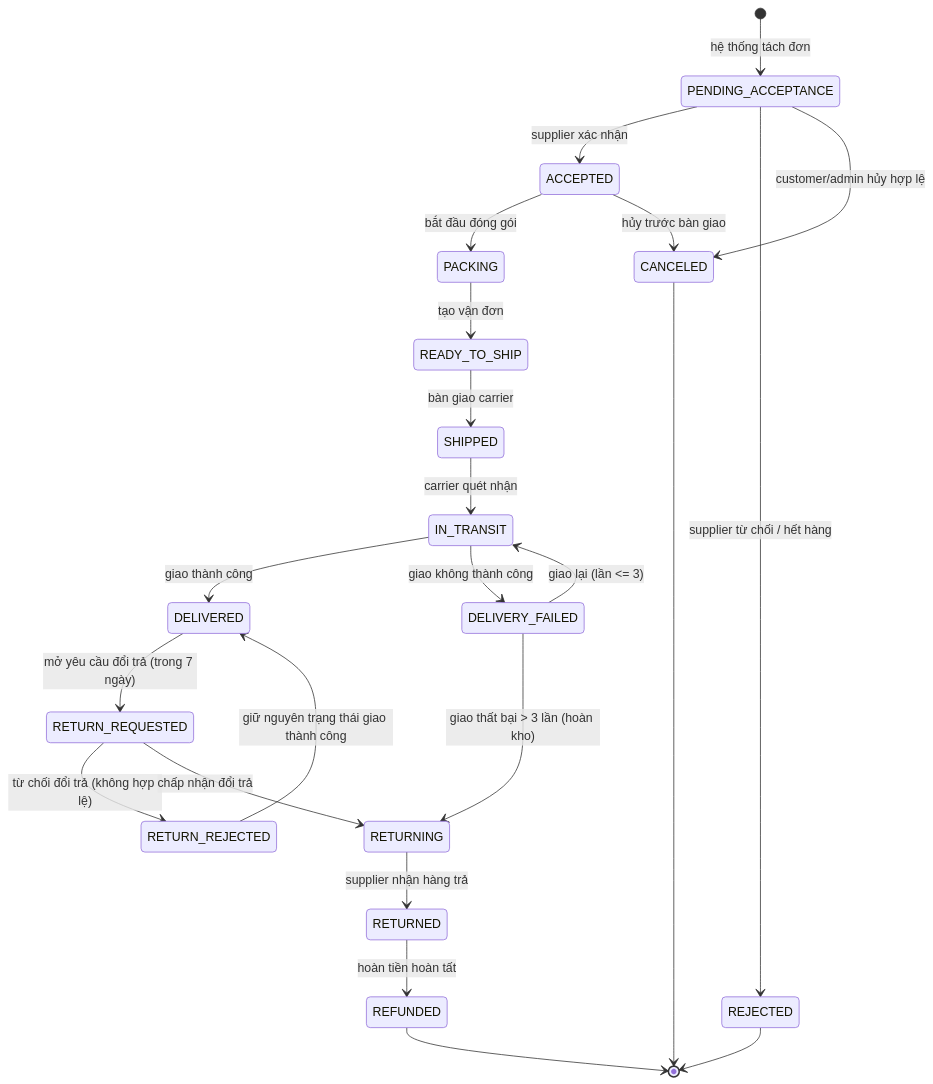
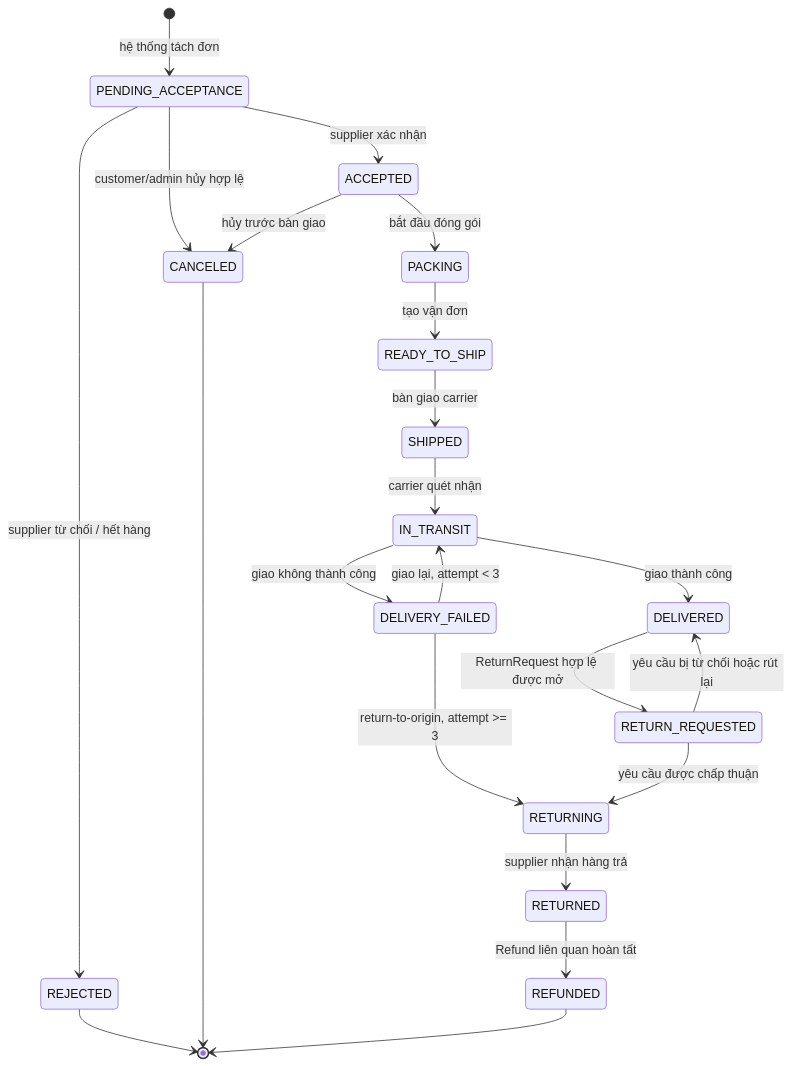
One commit to NguyenVoLyDo/Project-XD-and-PTPM changed the diagram in docs/mermaid/07-fulfillment-order-state.mmd. Above: the diagram before and after it, drawn with Mermaid. The commit also changed 49 other files, not shown here.

```diff
--- a/docs/mermaid/07-fulfillment-order-state.mmd
+++ b/docs/mermaid/07-fulfillment-order-state.mmd
@@ -1,27 +1,22 @@
 stateDiagram-v2
   [*] --> PENDING_ACCEPTANCE: hệ thống tách đơn
   PENDING_ACCEPTANCE --> ACCEPTED: supplier xác nhận
   PENDING_ACCEPTANCE --> REJECTED: supplier từ chối / hết hàng
   PENDING_ACCEPTANCE --> CANCELED: customer/admin hủy hợp lệ
   ACCEPTED --> PACKING: bắt đầu đóng gói
   ACCEPTED --> CANCELED: hủy trước bàn giao
   PACKING --> READY_TO_SHIP: tạo vận đơn
   READY_TO_SHIP --> SHIPPED: bàn giao carrier
   SHIPPED --> IN_TRANSIT: carrier quét nhận
   IN_TRANSIT --> DELIVERED: giao thành công
   IN_TRANSIT --> DELIVERY_FAILED: giao không thành công
-  
-  DELIVERY_FAILED --> IN_TRANSIT: giao lại (lần <= 3)
-  DELIVERY_FAILED --> RETURNING: giao thất bại > 3 lần (hoàn kho)
-  
-  DELIVERED --> RETURN_REQUESTED: mở yêu cầu đổi trả (trong 7 ngày)
-  RETURN_REQUESTED --> RETURN_REJECTED: từ chối đổi trả (không hợp lệ)
-  RETURN_REJECTED --> DELIVERED: giữ nguyên trạng thái giao thành công
-  RETURN_REQUESTED --> RETURNING: chấp nhận đổi trả
-  
+  DELIVERY_FAILED --> IN_TRANSIT: giao lại, attempt < 3
+  DELIVERY_FAILED --> RETURNING: return-to-origin, attempt >= 3
+  DELIVERED --> RETURN_REQUESTED: ReturnRequest hợp lệ được mở
+  RETURN_REQUESTED --> DELIVERED: yêu cầu bị từ chối hoặc rút lại
+  RETURN_REQUESTED --> RETURNING: yêu cầu được chấp thuận
   RETURNING --> RETURNED: supplier nhận hàng trả
-  RETURNED --> REFUNDED: hoàn tiền hoàn tất
-  
+  RETURNED --> REFUNDED: Refund liên quan hoàn tất
   REJECTED --> [*]
   CANCELED --> [*]
   REFUNDED --> [*]
```
